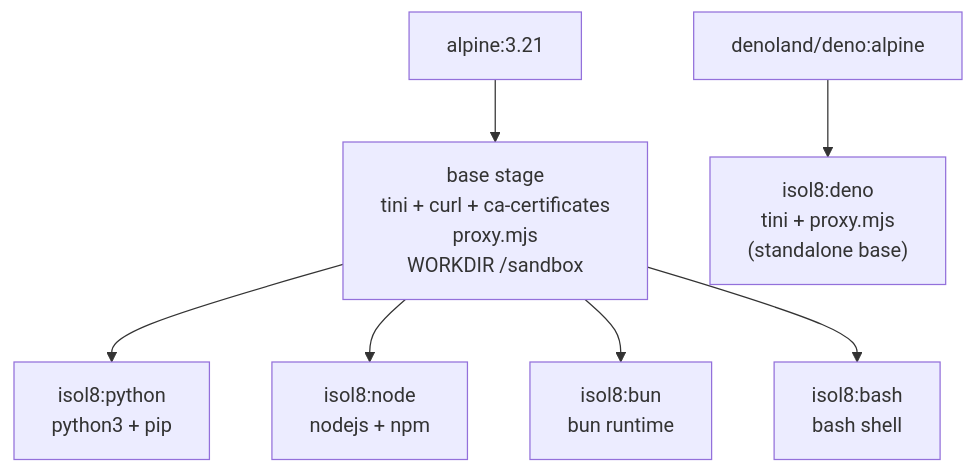
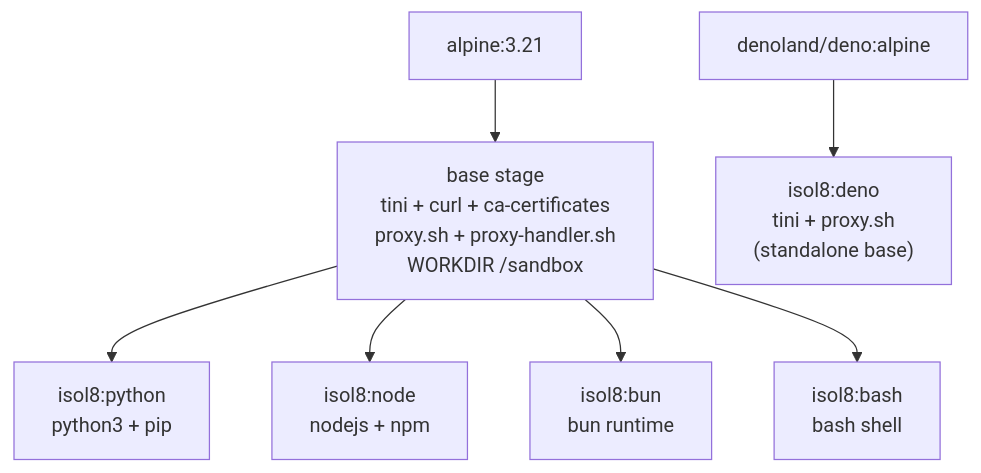
Before and after one commit to Illusion47586/isol8: the diagram in docs/runtimes.mdx, drawn with Mermaid. The commit also changed other lines of this file and 5 other files, not shown here.

First line of the commit message:
docs: update proxy references from proxy.mjs to proxy.sh + proxy-handler.sh

````diff
--- a/docs/runtimes.mdx
+++ b/docs/runtimes.mdx
@@ -293,18 +294,18 @@
 ```mermaid
 graph TD
     A["alpine:3.21"] --> B["`base stage
 tini + curl + ca-certificates
-proxy.mjs
+proxy.sh + proxy-handler.sh
 WORKDIR /sandbox`"]
     B --> C["isol8:python
 python3 + pip"]
     B --> D["isol8:node
 nodejs + npm"]
     B --> E["isol8:bun
 bun runtime"]
     B --> F["isol8:bash
 bash shell"]
     G["denoland/deno:alpine"] --> H["isol8:deno
-tini + proxy.mjs
+tini + proxy.sh
 (standalone base)"]
 ```
````
